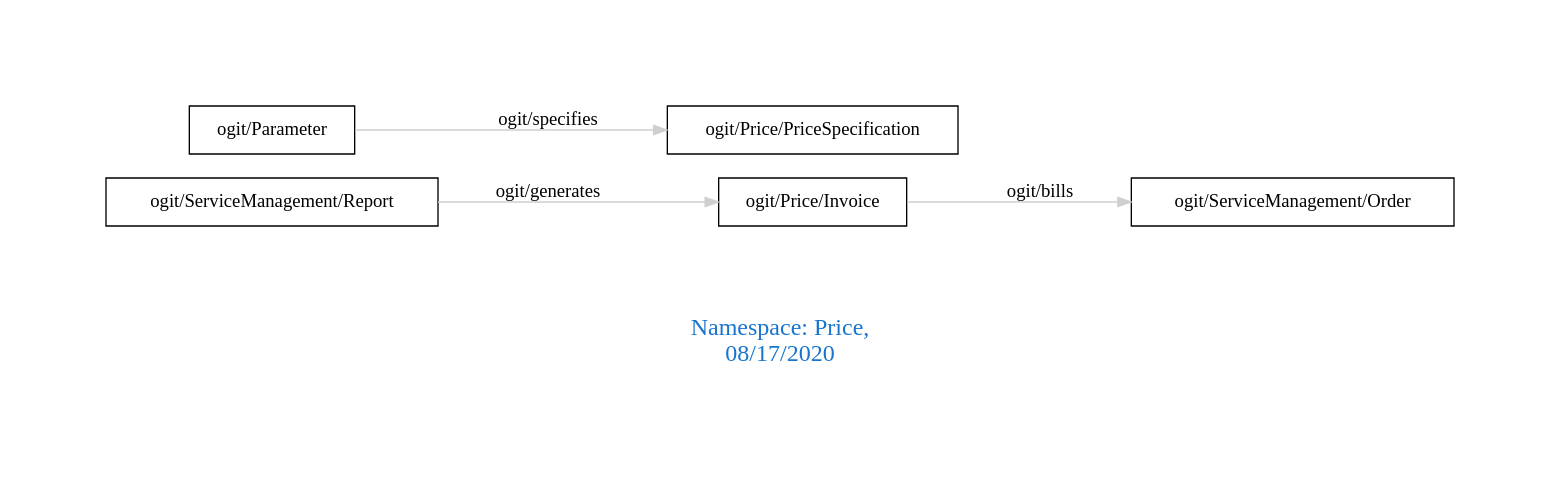
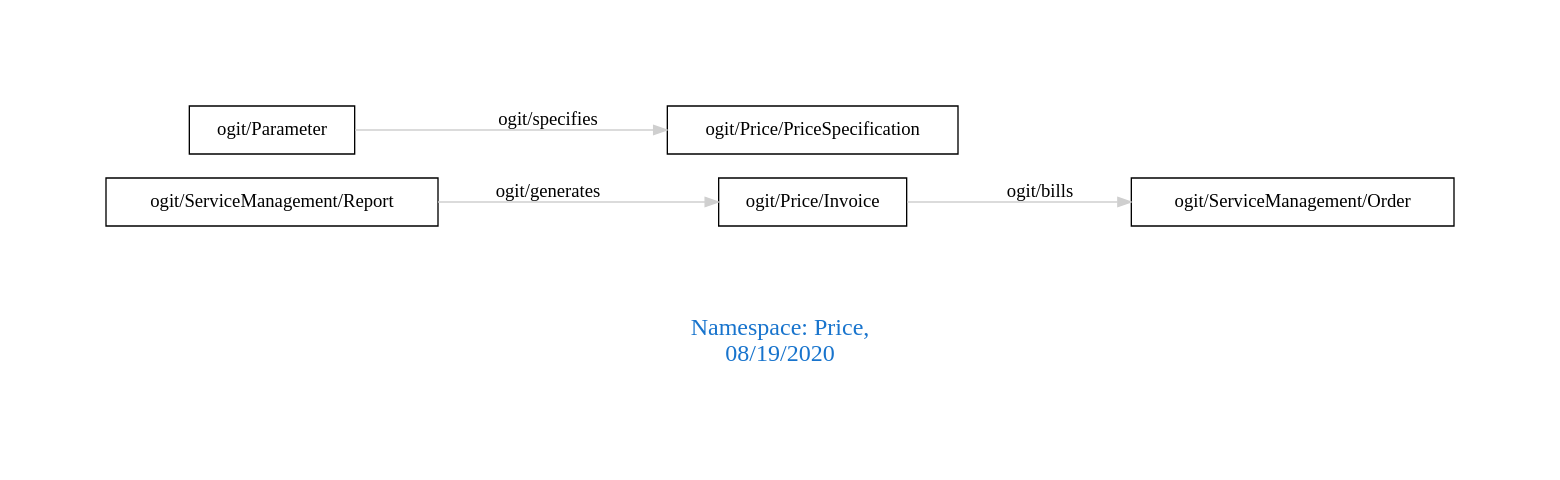
The diagram in downloads/Price.dot (arago/OGIT), drawn with Graphviz before and after one commit. The commit also changed 1786 other files, not shown here.

```diff
--- a/downloads/Price.dot
+++ b/downloads/Price.dot
@@ -1,11 +1,11 @@
 digraph OGIT_ontology {
  graph [ rankdir= LR,pad=1 
 fontsize = 18,
-fontcolor= dodgerblue3,label = "\n\n\nNamespace: Price, \n 08/17/2020"];
+fontcolor= dodgerblue3,label = "\n\n\nNamespace: Price, \n 08/19/2020"];
 node[shape=polygon];
 edge [  color="gray81"];
 
    "ogit/Price/Invoice" -> "ogit/ServiceManagement/Order" [label="   ogit/bills    "];
    "ogit/ServiceManagement/Report" -> "ogit/Price/Invoice" [label="   ogit/generates    "];
    "ogit/Parameter" -> "ogit/Price/PriceSpecification" [label="   ogit/specifies    "];
 }
```
